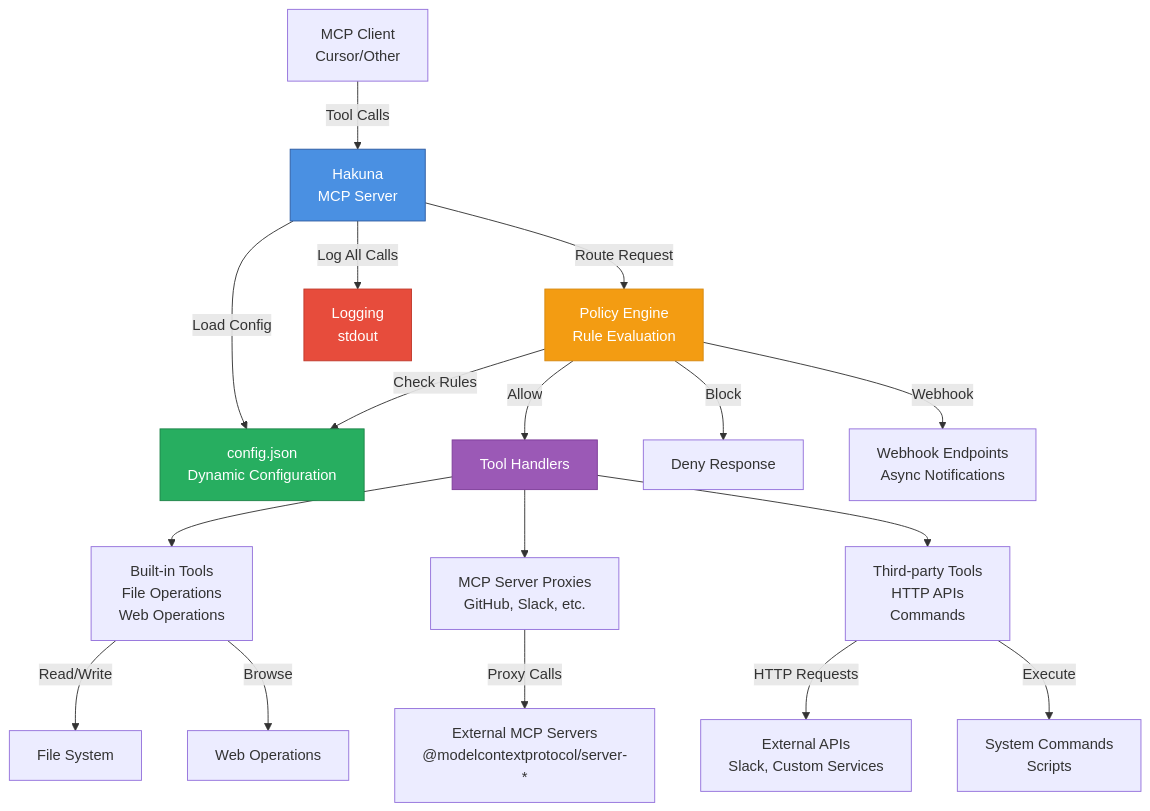
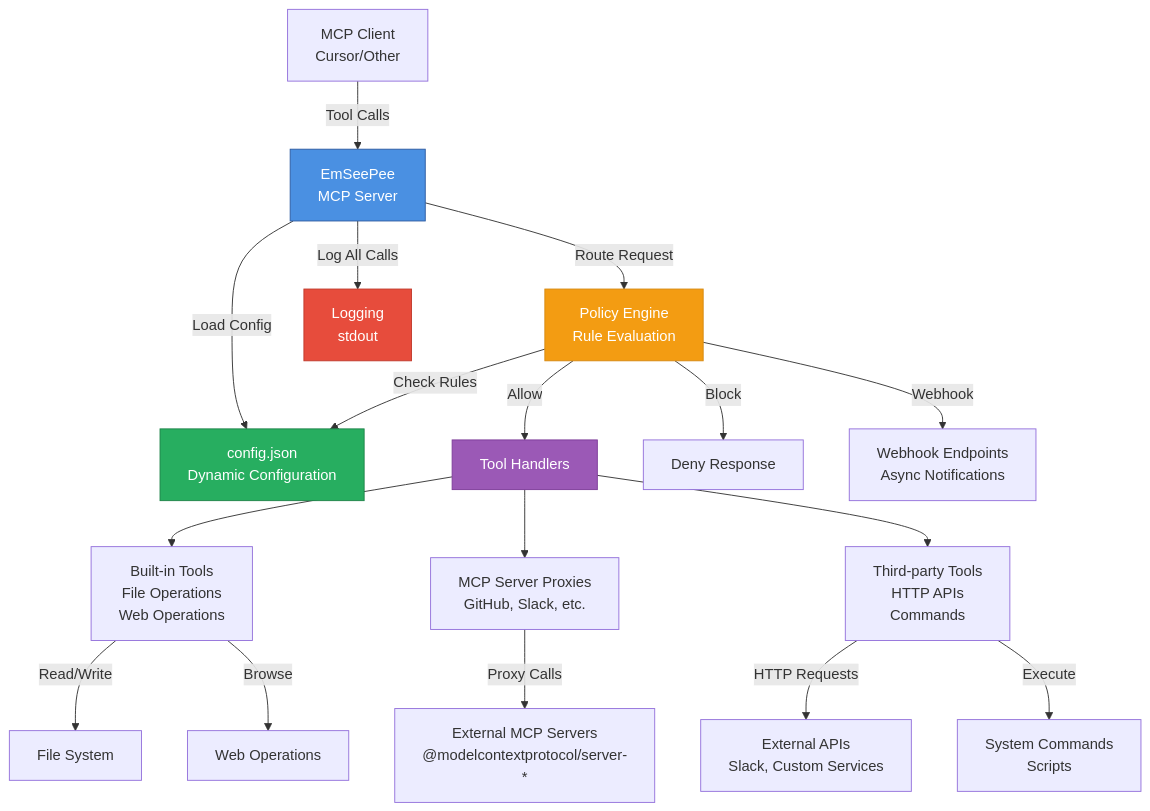
The diagram in README.md (MrAnde7son/emseepee), drawn with Mermaid before and after one commit. The commit also changed other lines of this file and 38 other files, not shown here.

````diff
--- a/README.md
+++ b/README.md
@@ -42,32 +42,32 @@
 ```mermaid
 graph TB
-    Client[MCP Client\nCursor/Other] -->|Tool Calls| Gateway[Hakuna\nMCP Server]
+    Client[MCP Client\nCursor/Other] -->|Tool Calls| Gateway[EmSeePee\nMCP Server]
     Gateway -->|Load Config| Config[config.json\nDynamic Configuration]
 
     Gateway -->|Route Request| Policy[Policy Engine\nRule Evaluation]
     Policy -->|Check Rules| Config
 
     Policy -->|Allow| Handlers[Tool Handlers]
     Policy -->|Block| Response[Deny Response]
 
     Handlers --> BuiltIn[Built-in Tools\nFile Operations\nWeb Operations]
     Handlers --> MCPProxy[MCP Server Proxies\nGitHub, Slack, etc.]
     Handlers --> ThirdParty[Third-party Tools\nHTTP APIs\nCommands]
 
     MCPProxy -->|Proxy Calls| ExternalMCP[External MCP Servers\n@modelcontextprotocol/server-*]
     ThirdParty -->|HTTP Requests| ExternalAPI[External APIs\nSlack, Custom Services]
     ThirdParty -->|Execute| Commands[System Commands\nScripts]
 
     BuiltIn -->|Read/Write| FileSystem[File System]
     BuiltIn -->|Browse| Web[Web Operations]
 
     Gateway -->|Log All Calls| Logger[Logging\nstdout]
 
     Policy -->|Webhook| Webhook[Webhook Endpoints\nAsync Notifications]
 
     style Gateway fill:#4a90e2,stroke:#2c5aa0,color:#fff
     style Policy fill:#f39c12,stroke:#d68910,color:#fff
     style Config fill:#27ae60,stroke:#1e8449,color:#fff
     style Handlers fill:#9b59b6,stroke:#7d3c98,color:#fff
     style Logger fill:#e74c3c,stroke:#c0392b,color:#fff
 ```
````
